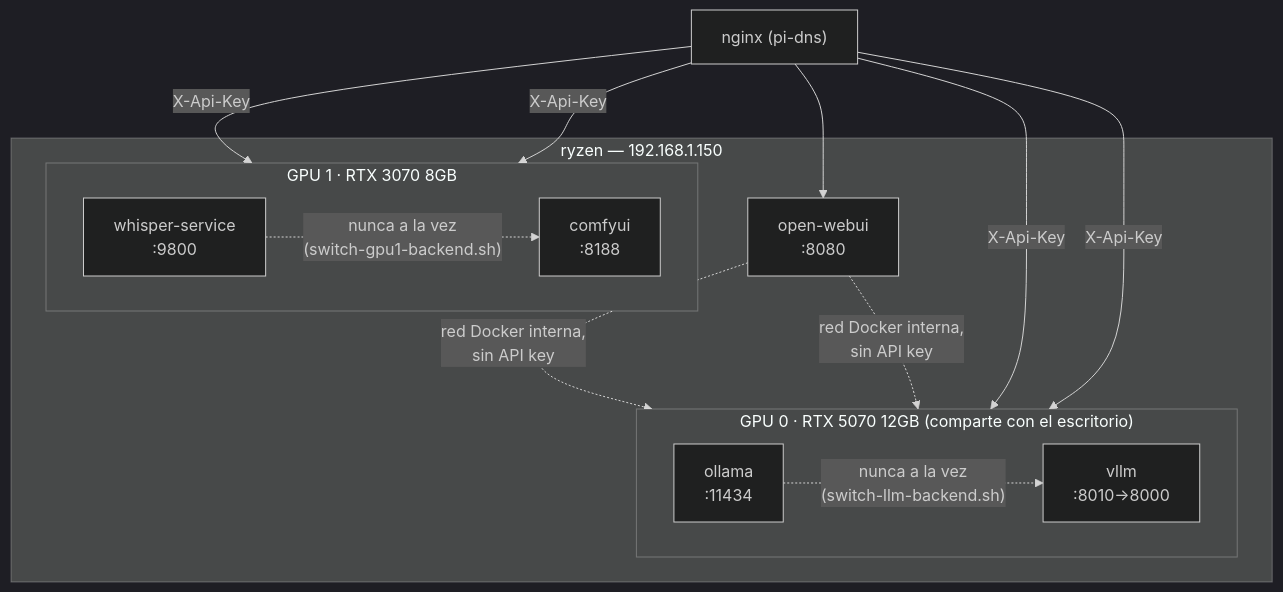
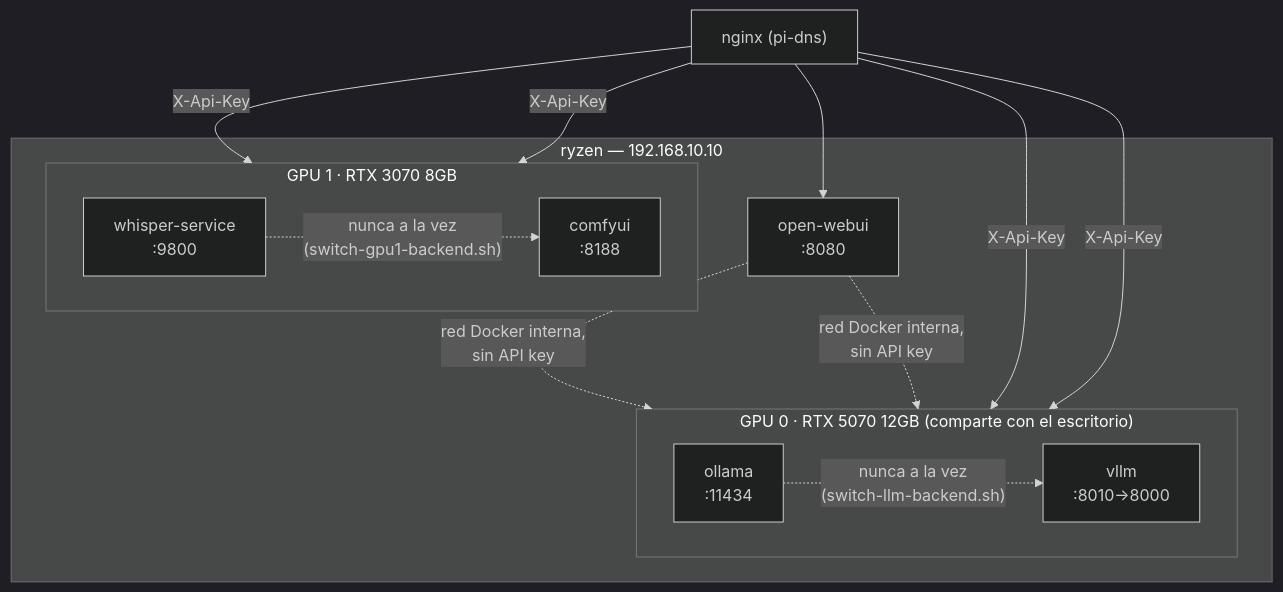
The diagram in docs/07-instalacion-ryzen.md (impalah/homelab-cluster), drawn with Mermaid (dark theme) before and after one commit. The commit also changed other lines of this file and 41 other files, not shown here.

````diff
--- a/docs/07-instalacion-ryzen.md
+++ b/docs/07-instalacion-ryzen.md
@@ -27,27 +27,27 @@
 ```mermaid
 flowchart TB
-    subgraph ryzen["ryzen — 192.168.1.150"]
+    subgraph ryzen["ryzen — 192.168.10.10"]
         subgraph gpu0["GPU 0 · RTX 5070 12GB (comparte con el escritorio)"]
             direction LR
             OLLAMA["ollama\n:11434"]
             VLLM["vllm\n:8010→8000"]
         end
         subgraph gpu1["GPU 1 · RTX 3070 8GB"]
             direction LR
             WHISPER["whisper-service\n:9800"]
             COMFY["comfyui\n:8188"]
         end
         WEBUI["open-webui\n:8080"]
         WEBUI -.->|red Docker interna,\nsin API key| OLLAMA
         WEBUI -.->|red Docker interna,\nsin API key| VLLM
     end
 
     OLLAMA -. "nunca a la vez\n(switch-llm-backend.sh)" .-> VLLM
     WHISPER -. "nunca a la vez\n(switch-gpu1-backend.sh)" .-> COMFY
 
     NGINX["nginx (pi-dns)"] -->|X-Api-Key| OLLAMA
     NGINX -->|X-Api-Key| VLLM
     NGINX -->|X-Api-Key| COMFY
     NGINX -->|X-Api-Key| WHISPER
     NGINX --> WEBUI
 ```
````
